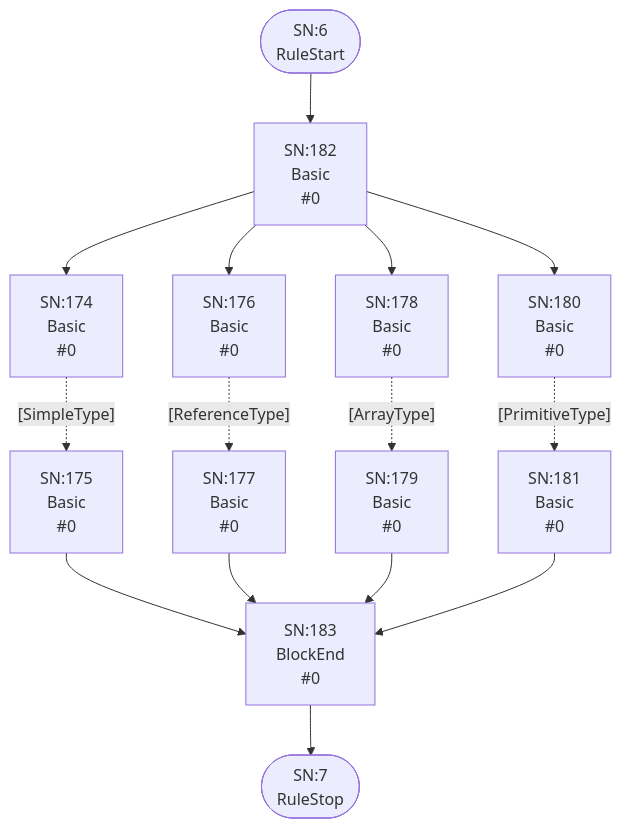
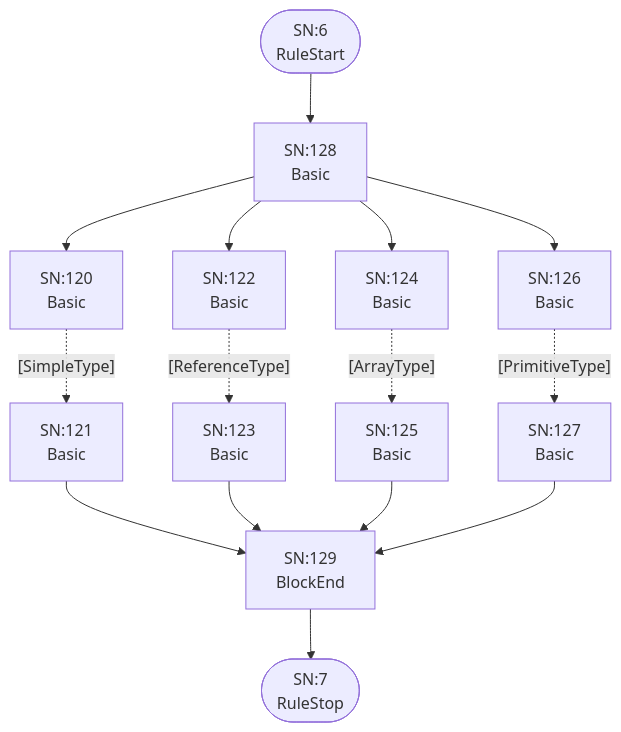
Before and after one commit to TypeFox/fastbelt: the fourth of 25 diagrams in internal/grammar/atn.md, drawn with Mermaid. The commit also changed other lines of this file and 7 other files, not shown here.

````diff
--- a/internal/grammar/atn.md
+++ b/internal/grammar/atn.md
@@ -136,30 +136,30 @@
 ```mermaid
 flowchart TD
     q6(["SN:6<br/>RuleStart"])
     q7(["SN:7<br/>RuleStop"])
-    q174["SN:174<br/>Basic<br/> #0"]
-    q175["SN:175<br/>Basic<br/> #0"]
-    q176["SN:176<br/>Basic<br/> #0"]
-    q177["SN:177<br/>Basic<br/> #0"]
-    q178["SN:178<br/>Basic<br/> #0"]
-    q179["SN:179<br/>Basic<br/> #0"]
-    q180["SN:180<br/>Basic<br/> #0"]
-    q181["SN:181<br/>Basic<br/> #0"]
-    q182["SN:182<br/>Basic<br/> #0"]
-    q183["SN:183<br/>BlockEnd<br/> #0"]
+    q120["SN:120<br/>Basic<br/>"]
+    q121["SN:121<br/>Basic<br/>"]
+    q122["SN:122<br/>Basic<br/>"]
+    q123["SN:123<br/>Basic<br/>"]
+    q124["SN:124<br/>Basic<br/>"]
+    q125["SN:125<br/>Basic<br/>"]
+    q126["SN:126<br/>Basic<br/>"]
+    q127["SN:127<br/>Basic<br/>"]
+    q128["SN:128<br/>Basic<br/>"]
+    q129["SN:129<br/>BlockEnd<br/>"]
 
-    q6 --> q182
-    q174 -.->|"[SimpleType]"| q175
-    q175 --> q183
-    q176 -.->|"[ReferenceType]"| q177
-    q177 --> q183
-    q178 -.->|"[ArrayType]"| q179
-    q179 --> q183
-    q180 -.->|"[PrimitiveType]"| q181
-    q181 --> q183
-    q182 --> q174
-    q182 --> q176
-    q182 --> q178
-    q182 --> q180
-    q183 --> q7
+    q6 --> q128
+    q120 -.->|"[SimpleType]"| q121
+    q121 --> q129
+    q122 -.->|"[ReferenceType]"| q123
+    q123 --> q129
+    q124 -.->|"[ArrayType]"| q125
+    q125 --> q129
+    q126 -.->|"[PrimitiveType]"| q127
+    q127 --> q129
+    q128 --> q120
+    q128 --> q122
+    q128 --> q124
+    q128 --> q126
+    q129 --> q7
 ```
````
